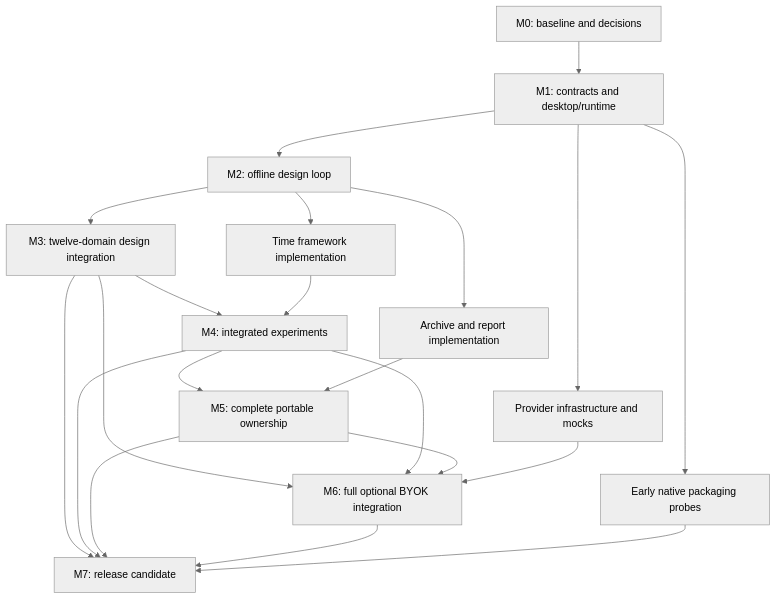
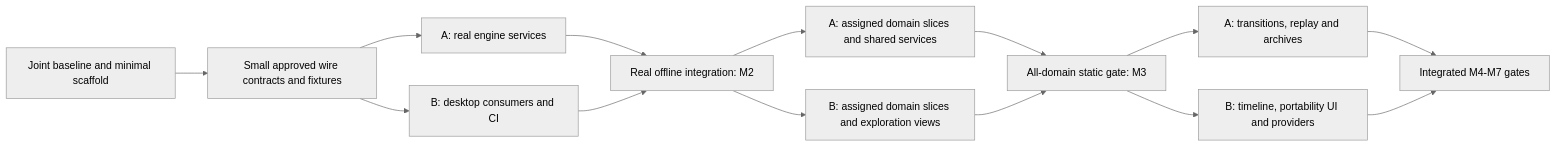
Before and after one commit to playa77/poliscope: the diagram in docs/implementation_roadmap.md, drawn with Mermaid (neutral theme). The commit also changed other lines of this file and 6 other files, not shown here.

Commit message:
docs: organize roadmap for parallel development

````diff
--- a/docs/implementation_roadmap.md
+++ b/docs/implementation_roadmap.md
@@ -60,23 +78,16 @@
 ```mermaid
-flowchart TD
-    M0["M0: baseline and decisions"] --> M1["M1: contracts and desktop/runtime"]
-    M1 --> M2["M2: offline design loop"]
-    M2 --> M3["M3: twelve-domain design integration"]
-    M2 --> TIME["Time framework implementation"]
-    M3 --> M4["M4: integrated experiments"]
-    TIME --> M4
-    M2 --> PORT["Archive and report implementation"]
-    M4 --> M5["M5: complete portable ownership"]
-    PORT --> M5
-    M1 --> AI["Provider infrastructure and mocks"]
-    M3 --> M6["M6: full optional BYOK integration"]
-    M4 --> M6
-    M5 --> M6
-    AI --> M6
-    M1 --> PKG["Early native packaging probes"]
-    M3 --> M7["M7: release candidate"]
-    M4 --> M7
-    M5 --> M7
-    M6 --> M7
-    PKG --> M7
+flowchart LR
+    BASE["Joint baseline and minimal scaffold"] --> WIRE["Small approved wire contracts and fixtures"]
+    WIRE --> ENGINE["A: real engine services"]
+    WIRE --> DESKTOP["B: desktop consumers and CI"]
+    ENGINE --> SLICE["Real offline integration: M2"]
+    DESKTOP --> SLICE
+    SLICE --> ADOM["A: assigned domain slices and shared services"]
+    SLICE --> BDOM["B: assigned domain slices and exploration views"]
+    ADOM --> STATIC["All-domain static gate: M3"]
+    BDOM --> STATIC
+    STATIC --> TIME["A: transitions, replay and archives"]
+    STATIC --> UX["B: timeline, portability UI and providers"]
+    TIME --> FINAL["Integrated M4-M7 gates"]
+    UX --> FINAL
 ```
````
